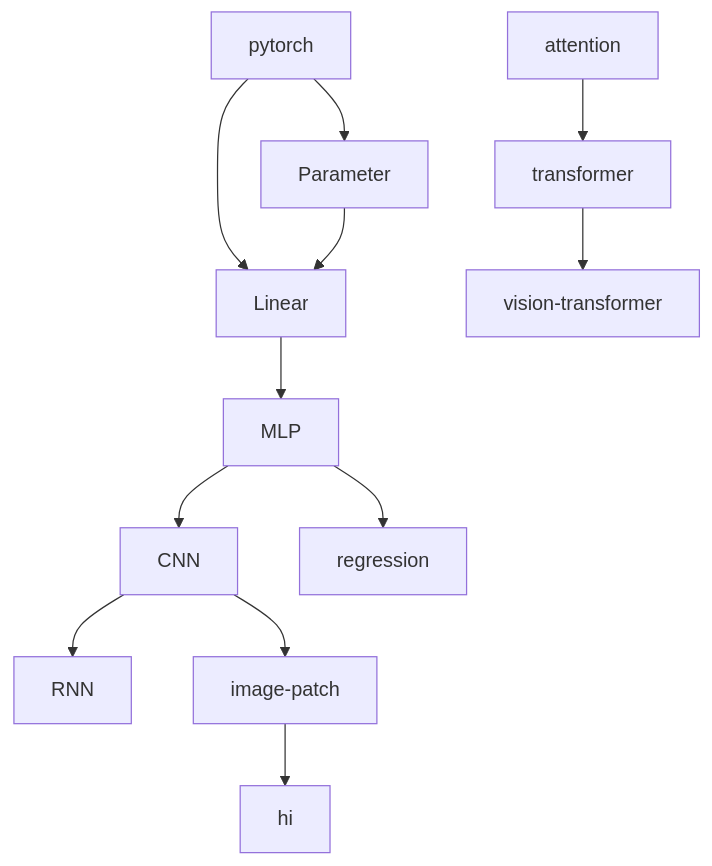
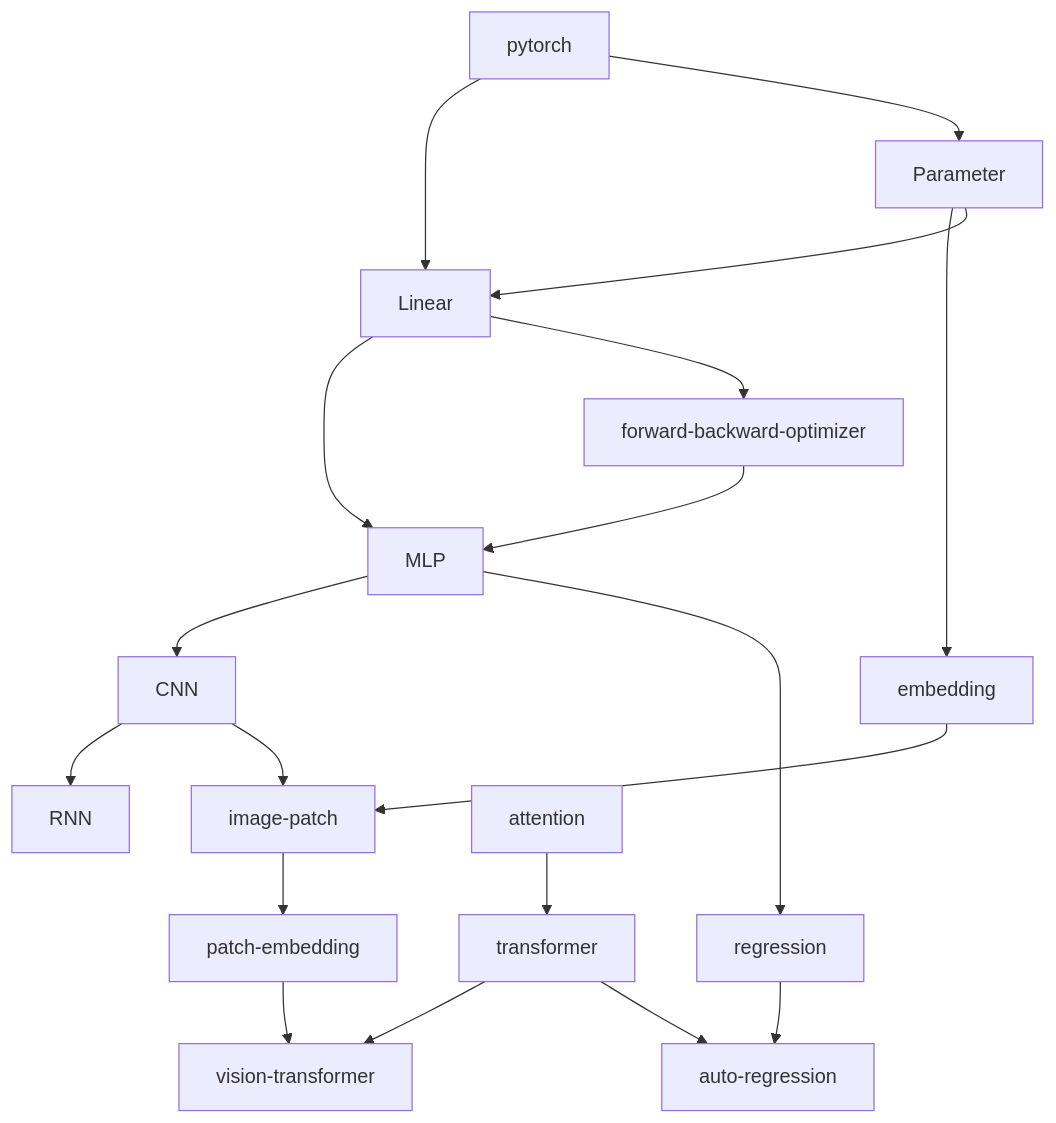
One commit to julyfun/how-to changed the first of 2 diagrams in 26/09/lets-establish-a-common-language.md. Above: the diagram before and after it, drawn with Mermaid. The commit also changed other lines of this file, not shown here.

````diff
--- a/26/09/lets-establish-a-common-language.md
+++ b/26/09/lets-establish-a-common-language.md
@@ -11,8 +11,11 @@
 ```mermaid
 flowchart TD
   pytorch --> Linear --> MLP --> CNN --> RNN
-  MLP --> regression
-  CNN --> image-patch --> hi
+  MLP --> regression --> auto-regression
+  Linear --> forward-backward-optimizer --> MLP
+  Parameter --> embedding --> image-patch
+  CNN --> image-patch --> patch-embedding --> vision-transformer
   pytorch --> Parameter --> Linear
   attention --> transformer --> vision-transformer
+  transformer --> auto-regression
 ```
````
